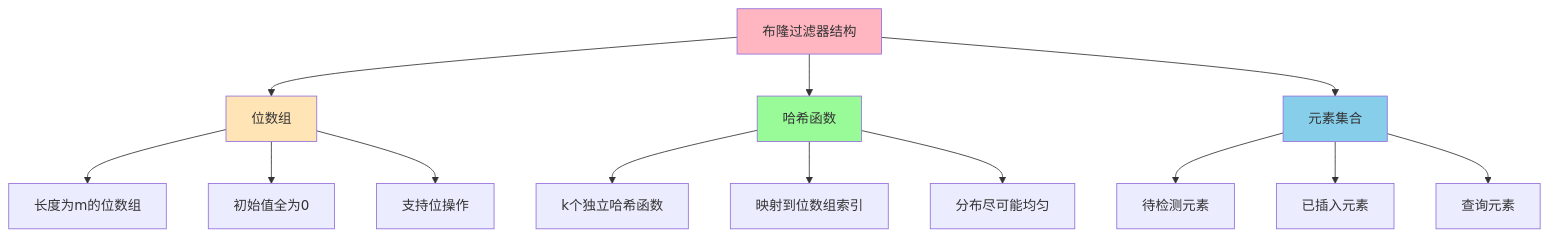
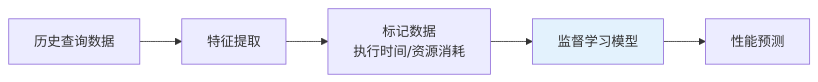
One commit to crazypenguincode/duckdb changed the eighth of 9 diagrams in md/第二章-相关背景与理论基础.md. Above: the diagram before and after it, drawn with Mermaid. The commit also changed other lines of this file and 361 other files, not shown here.

````diff
--- a/md/第二章-相关背景与理论基础.md
+++ b/md/第二章-相关背景与理论基础.md
@@ -622,23 +773,9 @@
 ```mermaid
-graph TD
-    A[布隆过滤器结构] --> B[位数组]
-    A --> C[哈希函数]
-    A --> D[元素集合]
+graph LR
+    A[历史查询数据] --> B[特征提取]
+    B --> C[标记数据<br/>执行时间/资源消耗]
+    C --> D[监督学习模型]
+    D --> E[性能预测]
     
-    B --> B1[长度为m的位数组]
-    B --> B2[初始值全为0]
-    B --> B3[支持位操作]
-    
-    C --> C1[k个独立哈希函数]
-    C --> C2[映射到位数组索引]
-    C --> C3[分布尽可能均匀]
-    
-    D --> D1[待检测元素]
-    D --> D2[已插入元素]
-    D --> D3[查询元素]
-    
-    style A fill:#FFB6C1
-    style B fill:#FFE4B5
-    style C fill:#98FB98
-    style D fill:#87CEEB
+    style D fill:#e3f2fd
 ```
````
